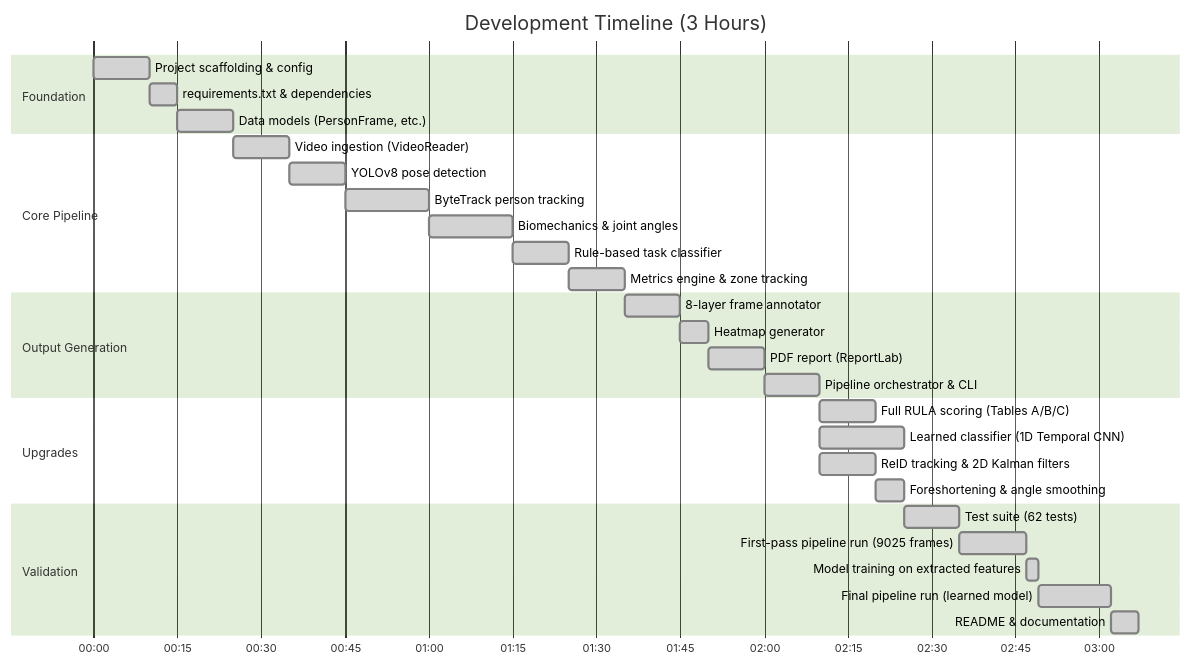
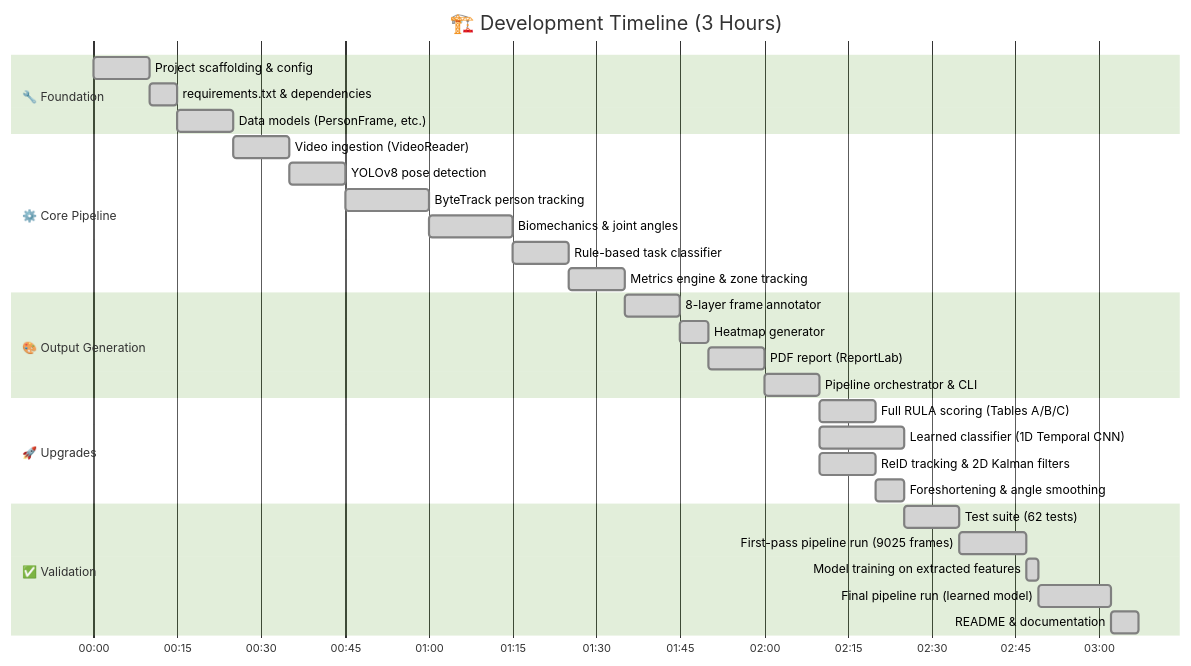
Before and after one commit to nourdesoukizz/factory-biomechanics-tracker: the first of 4 diagrams in README.md, drawn with Mermaid (forest theme). The commit also changed other lines of this file and 1 other file, not shown here.

````diff
--- a/README.md
+++ b/README.md
@@ -17,38 +39,38 @@
 ```mermaid
 gantt
-    title Development Timeline (3 Hours)
+    title 🏗️ Development Timeline (3 Hours)
     dateFormat HH:mm
     axisFormat %H:%M
 
-    section Foundation
+    section 🔧 Foundation
     Project scaffolding & config          :done, f1, 00:00, 10m
     requirements.txt & dependencies       :done, f2, after f1, 5m
     Data models (PersonFrame, etc.)       :done, f3, after f2, 10m
 
-    section Core Pipeline
+    section ⚙️ Core Pipeline
     Video ingestion (VideoReader)         :done, c1, after f3, 10m
     YOLOv8 pose detection                 :done, c2, after c1, 10m
     ByteTrack person tracking             :done, c3, after c2, 15m
     Biomechanics & joint angles           :done, c4, after c3, 15m
     Rule-based task classifier            :done, c5, after c4, 10m
     Metrics engine & zone tracking        :done, c6, after c5, 10m
 
-    section Output Generation
+    section 🎨 Output Generation
     8-layer frame annotator               :done, o1, after c6, 10m
     Heatmap generator                     :done, o2, after o1, 5m
     PDF report (ReportLab)                :done, o3, after o2, 10m
     Pipeline orchestrator & CLI           :done, o4, after o3, 10m
 
-    section Upgrades
+    section 🚀 Upgrades
     Full RULA scoring (Tables A/B/C)      :done, u1, after o4, 10m
     Learned classifier (1D Temporal CNN)  :done, u2, after o4, 15m
     ReID tracking & 2D Kalman filters     :done, u3, after o4, 10m
     Foreshortening & angle smoothing      :done, u4, after u1, 5m
 
-    section Validation
+    section ✅ Validation
     Test suite (62 tests)                 :done, t1, after u4, 10m
     First-pass pipeline run (9025 frames) :done, t2, after t1, 12m
     Model training on extracted features  :done, t3, after t2, 2m
     Final pipeline run (learned model)    :done, t4, after t3, 13m
     README & documentation                :done, t5, after t4, 5m
 ```
````
